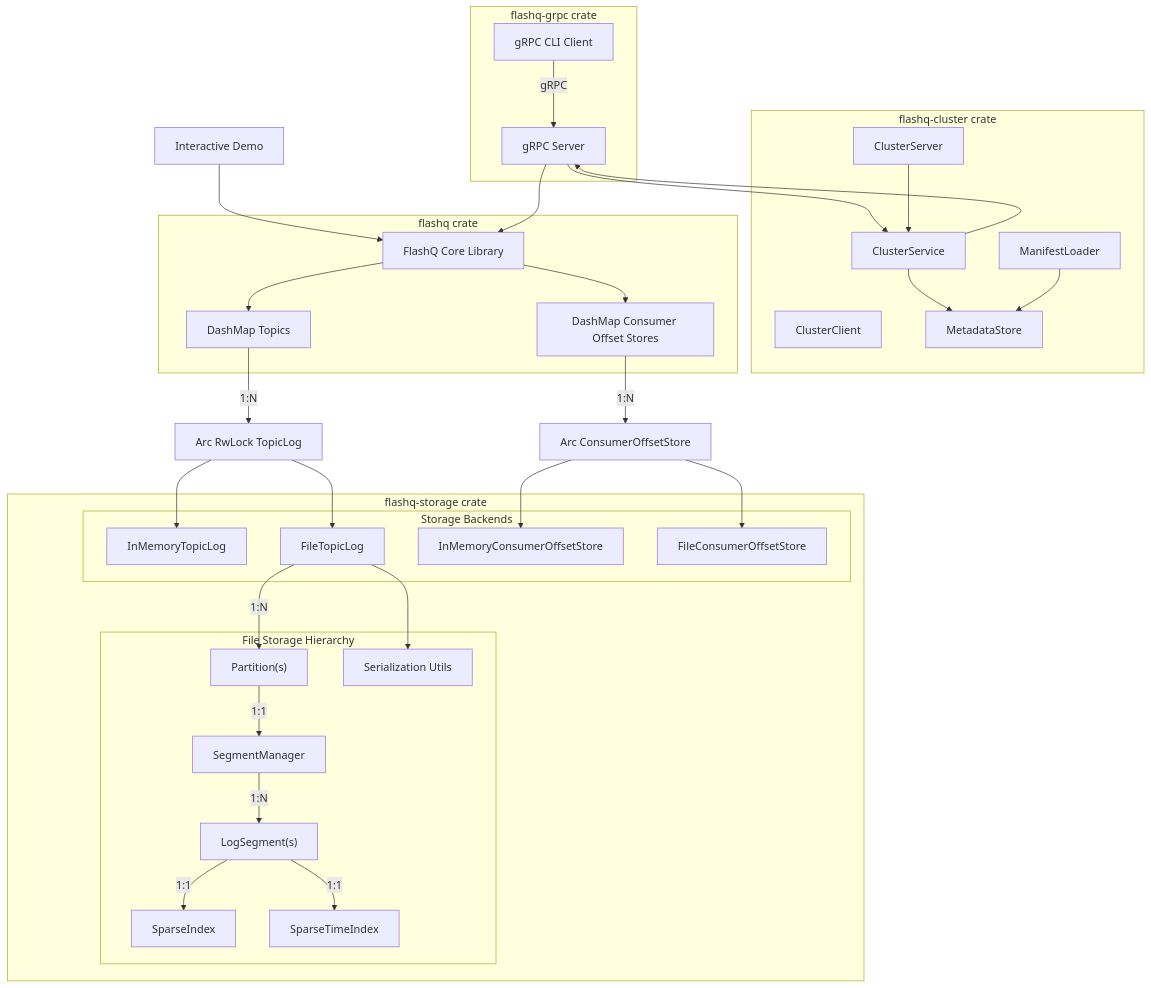
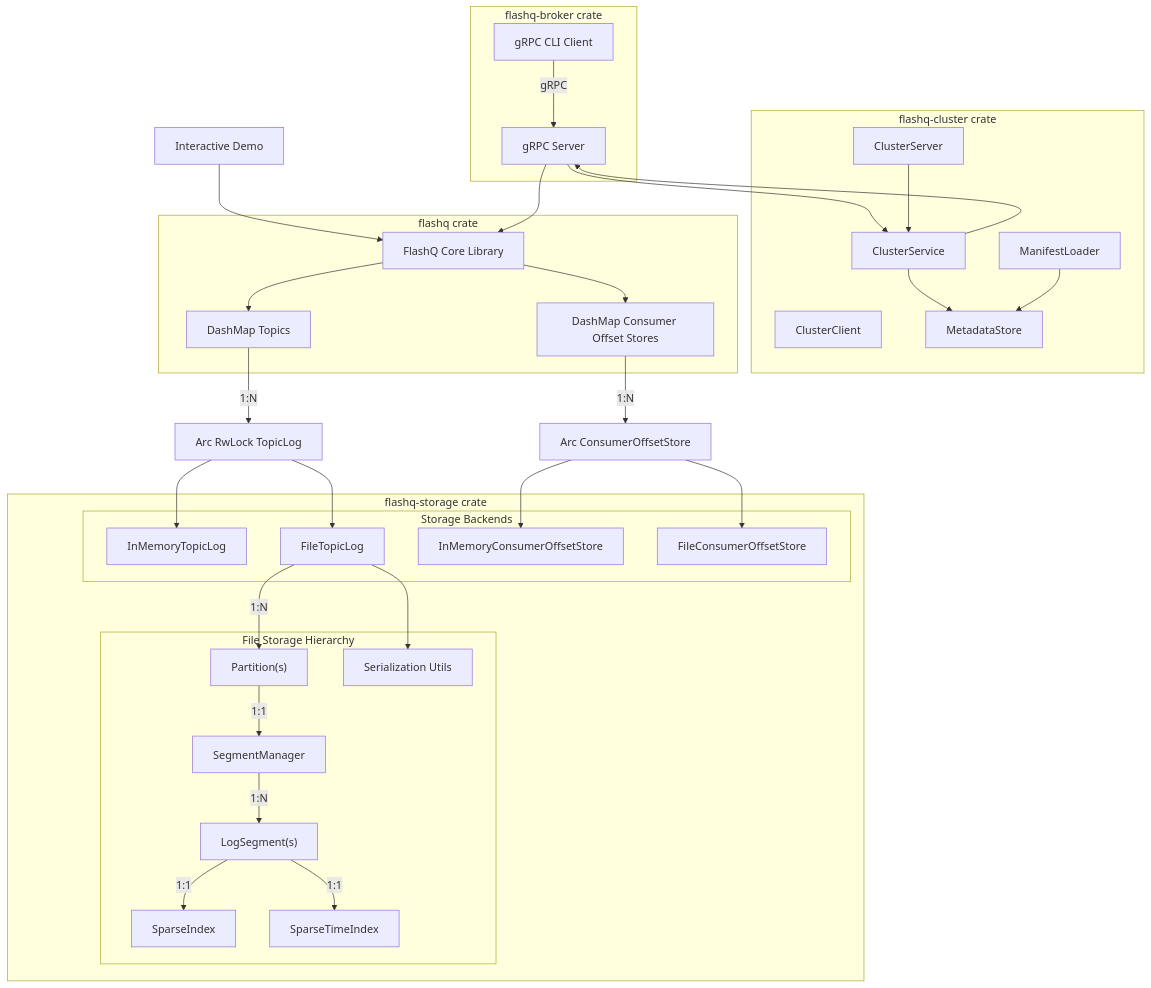
One commit to harshitmahapatra/flashq changed the first of 2 diagrams in docs/architecture.md. Above: the diagram before and after it, drawn with Mermaid. The commit also changed 27 other files, not shown here.

First line of the commit message:
Rename flashq-grpc crate to flashq-broker

````diff
--- a/docs/architecture.md
+++ b/docs/architecture.md
@@ -7,60 +7,60 @@
 ```mermaid
 graph TD
     A2[gRPC CLI Client] -->|gRPC| B2[gRPC Server]
     C[Interactive Demo] --> D[FlashQ Core Library]
     B2 --> D
     B2 --> CS[ClusterService]
 
-    subgraph "flashq-grpc crate"
+    subgraph "flashq-broker crate"
         B2
         A2
     end
 
     subgraph "flashq-cluster crate"
         CS
         CC[ClusterClient]
         CSrv[ClusterServer]
         MS[MetadataStore]
         ML[ManifestLoader]
     end
 
     subgraph "flashq crate"
         D
         E[DashMap Topics]
         F[DashMap Consumer Offset Stores]
     end
 
     D --> E
     D --> F
 
     E -->|"1:N"| G[Arc RwLock TopicLog]
     F -->|"1:N"| H[Arc ConsumerOffsetStore]
 
     CS --> MS
     CS --> B2
     CSrv --> CS
     ML --> MS
 
     subgraph "flashq-storage crate"
         subgraph "Storage Backends"
             I[InMemoryTopicLog]
             J[FileTopicLog]
             K[InMemoryConsumerOffsetStore]
             L[FileConsumerOffsetStore]
         end
 
         subgraph "File Storage Hierarchy"
             J -->|"1:N"| JP["Partition(s)"]
             JP -->|"1:1"| M["SegmentManager"]
             M -->|"1:N"| N["LogSegment(s)"]
             N -->|"1:1"| O["SparseIndex"]
             N -->|"1:1"| Q["SparseTimeIndex"]
             J --> P["Serialization Utils"]
         end
     end
 
     G --> I
     G --> J
     H --> K
     H --> L
 ```
````
